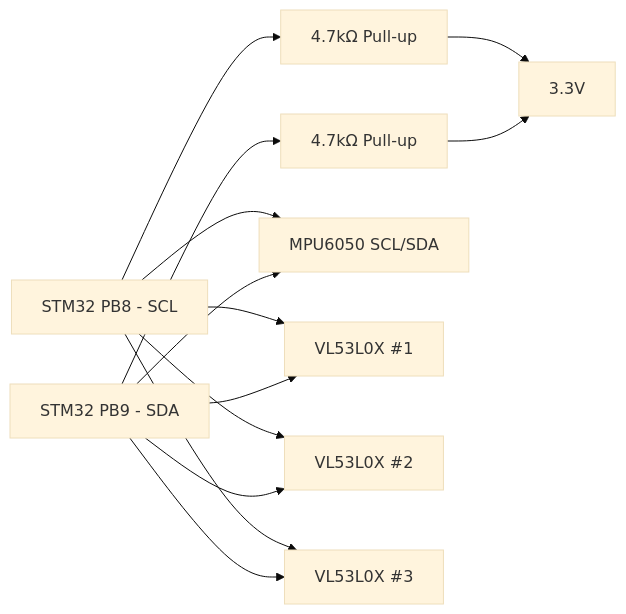
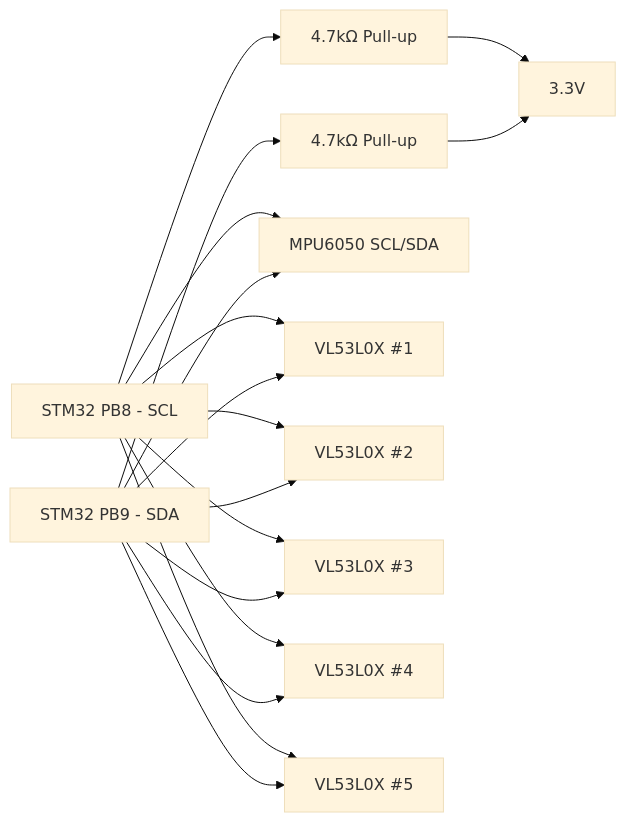
The second of 2 diagrams in plan/03_PIN_DIAGRAM_WIRING.md (nadija-smwg/Maze-Runner), drawn with Mermaid (base theme) before and after one commit. The commit also changed other lines of this file and 21 other files, not shown here.

````diff
--- a/plan/03_PIN_DIAGRAM_WIRING.md
+++ b/plan/03_PIN_DIAGRAM_WIRING.md
@@ -80,19 +82,25 @@
 ```mermaid
 flowchart LR
     SCL[STM32 PB8 - SCL] --> PULL1[4.7kΩ Pull-up]
     SDA[STM32 PB9 - SDA] --> PULL2[4.7kΩ Pull-up]
     PULL1 --> V3[3.3V]
     PULL2 --> V3
     
     SCL --> MPU[MPU6050 SCL/SDA]
     SDA --> MPU
     
     SCL --> VL1[VL53L0X #1]
     SDA --> VL1
     
     SCL --> VL2[VL53L0X #2]
     SDA --> VL2
     
     SCL --> VL3[VL53L0X #3]
     SDA --> VL3
+    
+    SCL --> VL4[VL53L0X #4]
+    SDA --> VL4
+    
+    SCL --> VL5[VL53L0X #5]
+    SDA --> VL5
 ```
````
